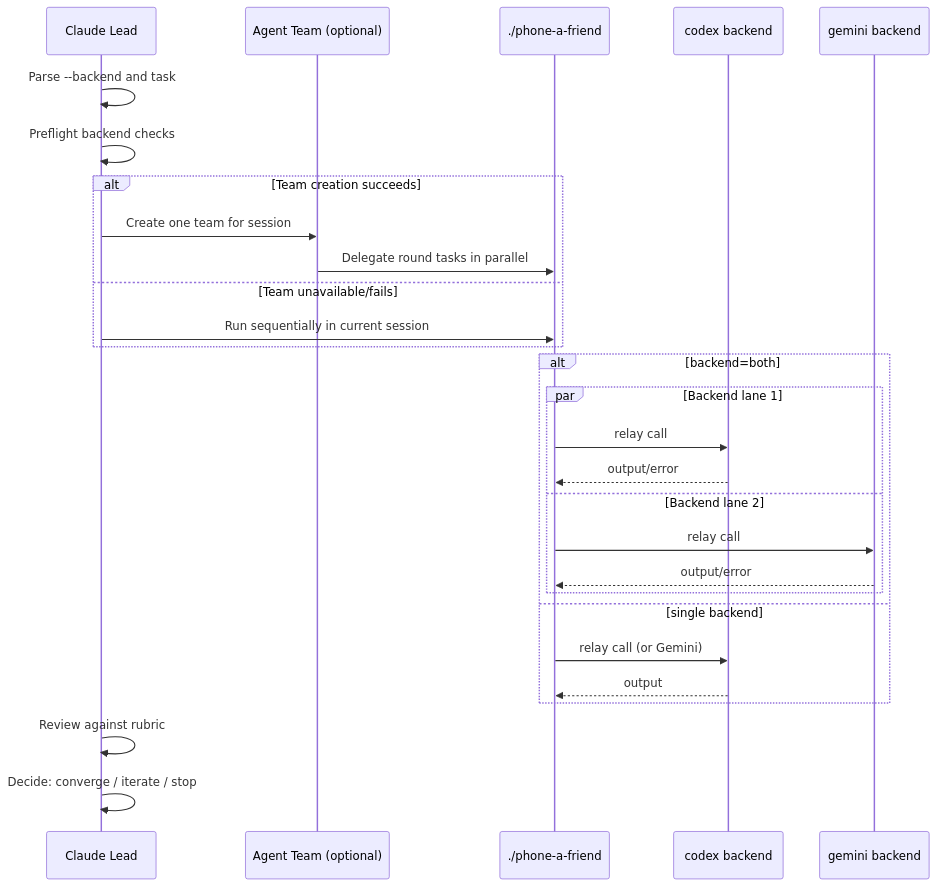
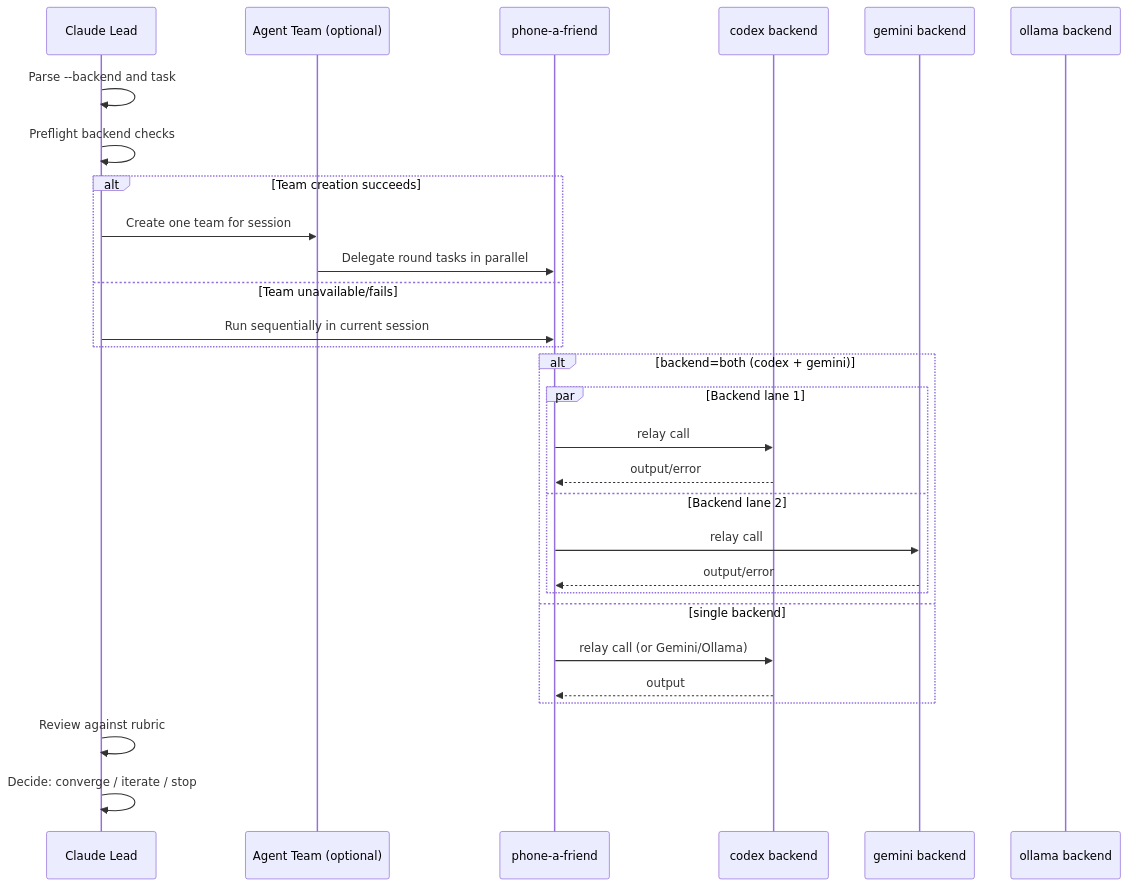
Before and after one commit to freibergergarcia/phone-a-friend: the third of 4 diagrams in architecture/03-phone-a-team-loop.md, drawn with Mermaid. The commit also changed other lines of this file and 81 other files, not shown here.

````diff
--- a/architecture/03-phone-a-team-loop.md
+++ b/architecture/03-phone-a-team-loop.md
@@ -78,34 +78,35 @@
 ```mermaid
 sequenceDiagram
   participant Lead as Claude Lead
   participant Team as Agent Team (optional)
-  participant PAF as ./phone-a-friend
+  participant PAF as phone-a-friend
   participant Codex as codex backend
   participant Gemini as gemini backend
+  participant Ollama as ollama backend
 
   Lead->>Lead: Parse --backend and task
   Lead->>Lead: Preflight backend checks
 
   alt Team creation succeeds
     Lead->>Team: Create one team for session
     Team->>PAF: Delegate round tasks in parallel
   else Team unavailable/fails
     Lead->>PAF: Run sequentially in current session
   end
 
-  alt backend=both
+  alt backend=both (codex + gemini)
     par Backend lane 1
       PAF->>Codex: relay call
       Codex-->>PAF: output/error
     and Backend lane 2
       PAF->>Gemini: relay call
       Gemini-->>PAF: output/error
     end
   else single backend
-    PAF->>Codex: relay call (or Gemini)
+    PAF->>Codex: relay call (or Gemini/Ollama)
     Codex-->>PAF: output
   end
 
   Lead->>Lead: Review against rubric
   Lead->>Lead: Decide: converge / iterate / stop
 ```
````
